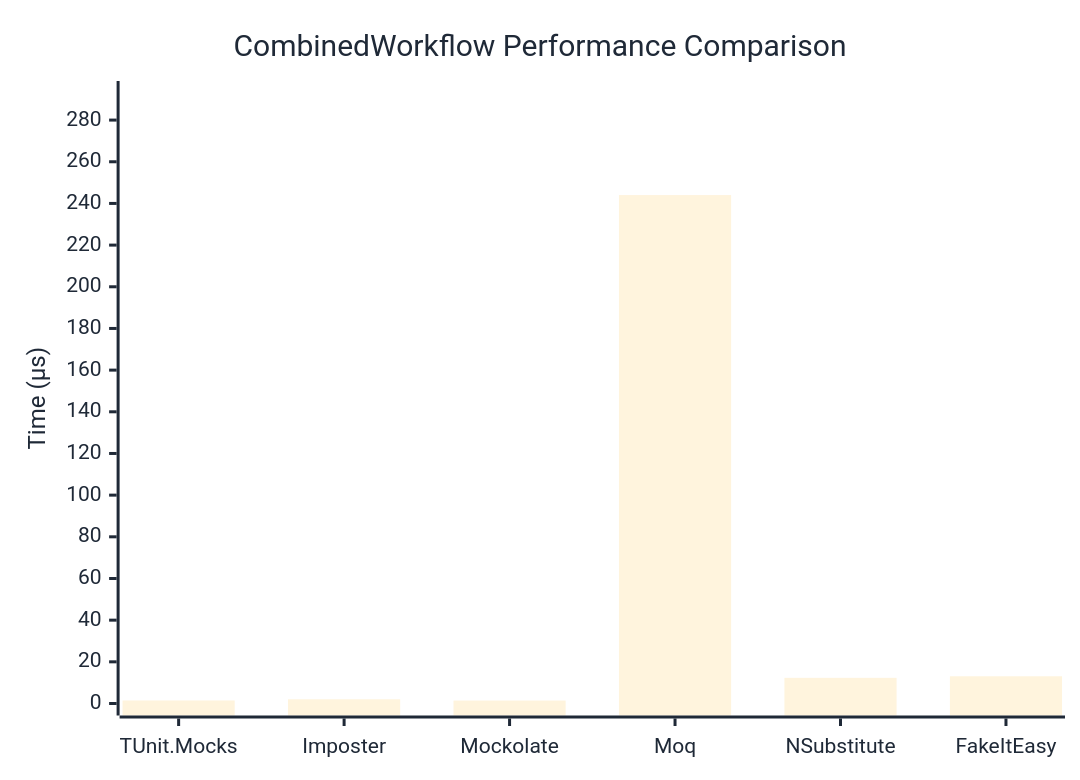
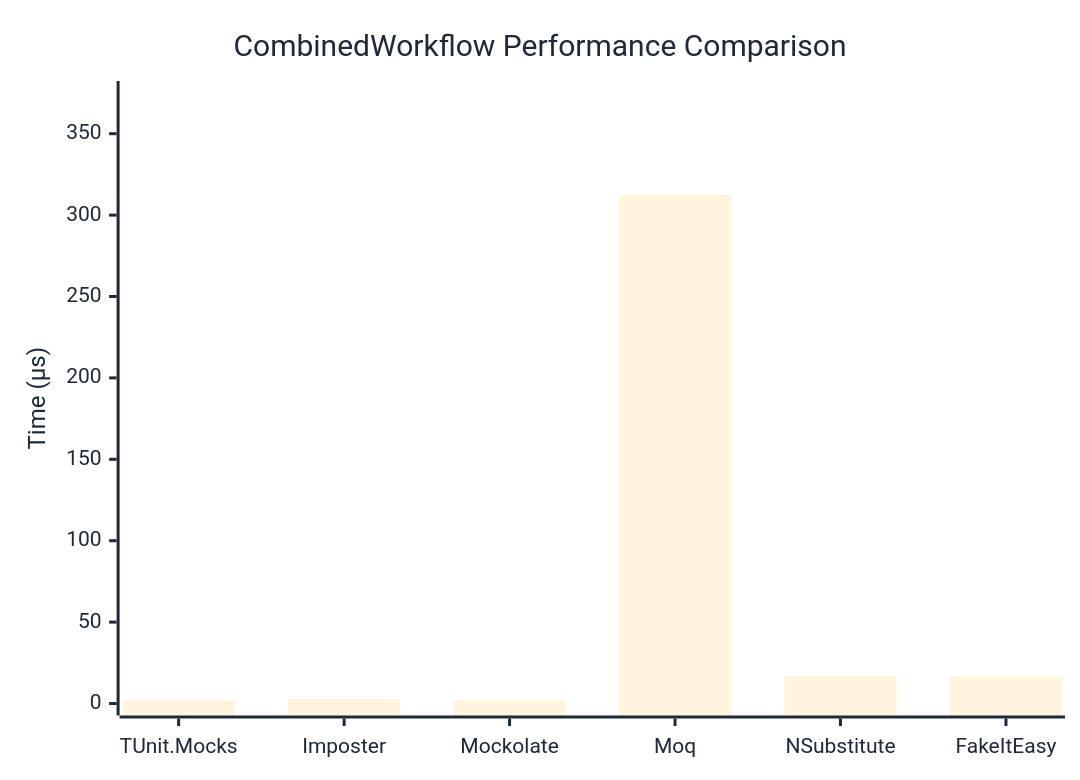
One commit to thomhurst/TUnit changed the diagram in docs/docs/benchmarks/mocks/CombinedWorkflow.md. Above: the diagram before and after it, drawn with Mermaid. The commit also changed other lines of this file and 14 other files, not shown here.

````diff
--- a/docs/docs/benchmarks/mocks/CombinedWorkflow.md
+++ b/docs/docs/benchmarks/mocks/CombinedWorkflow.md
@@ -30,27 +30,27 @@
 ```mermaid
 %%{init: {
   'theme':'base',
   'themeVariables': {
     'primaryColor': '#2563eb',
     'primaryTextColor': '#1f2937',
     'primaryBorderColor': '#1e40af',
     'lineColor': '#6b7280',
     'secondaryColor': '#7c3aed',
     'tertiaryColor': '#dc2626',
     'background': '#ffffff',
     'pie1': '#2563eb',
     'pie2': '#7c3aed',
     'pie3': '#dc2626',
     'pie4': '#f59e0b',
     'pie5': '#10b981',
     'pie6': '#06b6d4',
     'pie7': '#ec4899',
     'pie8': '#6366f1'
   }
 }}%%
 xychart-beta
   title "CombinedWorkflow Performance Comparison"
   x-axis ["TUnit.Mocks", "Imposter", "Mockolate", "Moq", "NSubstitute", "FakeItEasy"]
-  y-axis "Time (μs)" 0 --> 293
-  bar [1.451, 2.032, 1.408, 244.015, 12.318, 13.067]
+  y-axis "Time (μs)" 0 --> 375
+  bar [1.881, 2.703, 1.835, 312.298, 16.91, 16.568]
 ```
````
